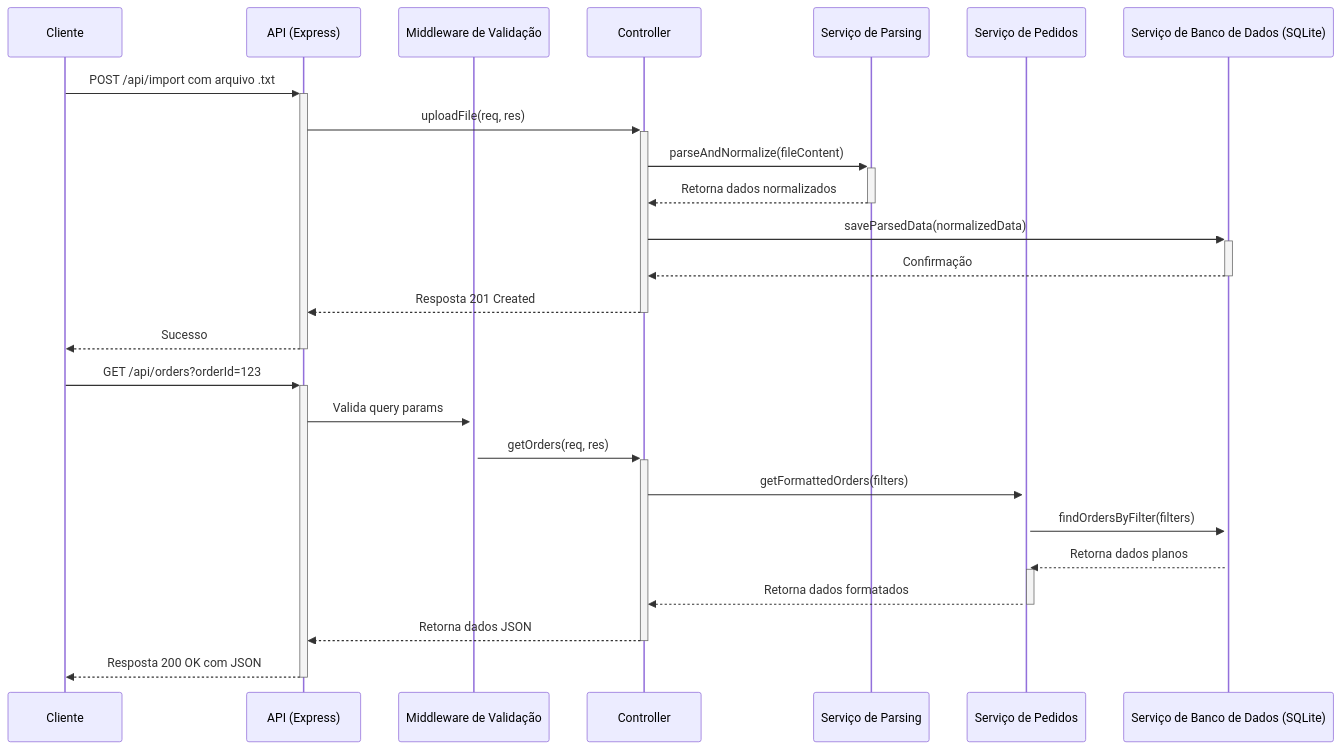
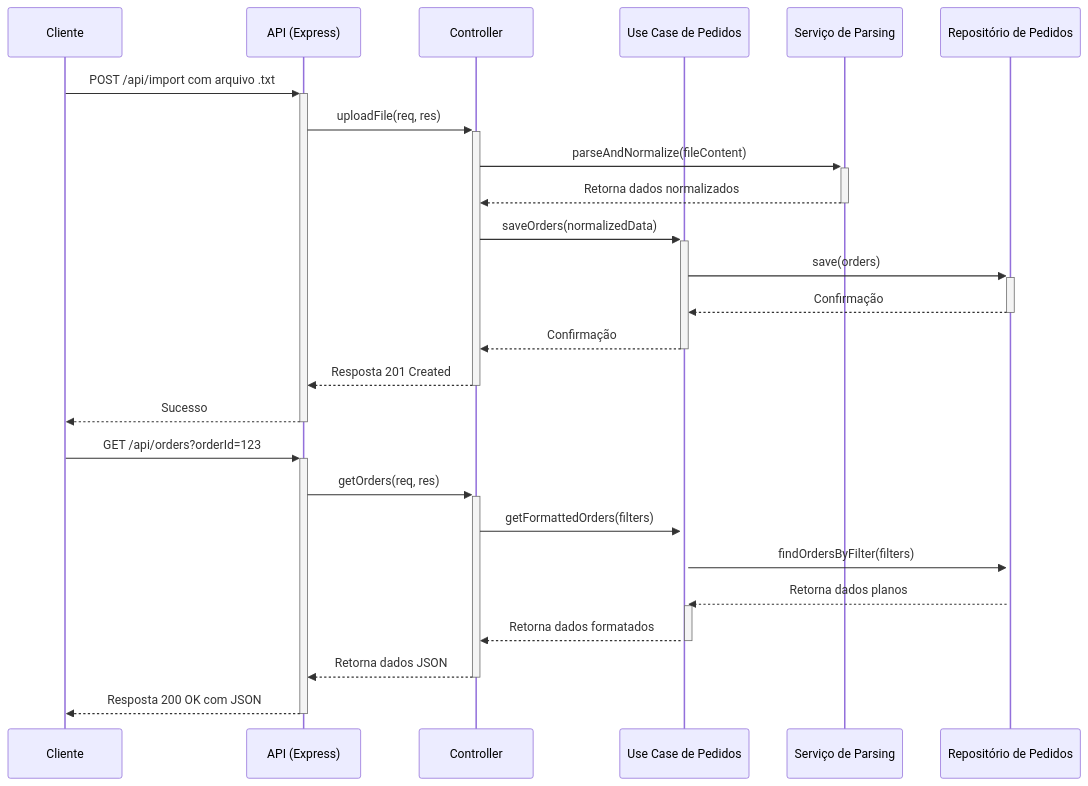
One commit to Jav4Script/orders-api changed the first of 2 diagrams in README.md. Above: the diagram before and after it, drawn with Mermaid. The commit also changed other lines of this file and 7 other files, not shown here.

````diff
--- a/README.md
+++ b/README.md
@@ -65,29 +69,29 @@
 ```mermaid
 sequenceDiagram
     participant Cliente
     participant API_Gateway as API (Express)
-    participant ValidationMiddleware as Middleware de Validação
     participant Controller
-    participant ParserService as Serviço de Parsing
-    participant OrderService as Serviço de Pedidos
-    participant DatabaseService as Serviço de Banco de Dados (SQLite)
+    participant OrderUseCase as Use Case de Pedidos
+    participant FileParser as Serviço de Parsing
+    participant OrderRepository as Repositório de Pedidos
 
     Cliente->>+API_Gateway: POST /api/import com arquivo .txt
     API_Gateway->>+Controller: uploadFile(req, res)
-    Controller->>+ParserService: parseAndNormalize(fileContent)
-    ParserService-->>-Controller: Retorna dados normalizados
-    Controller->>+DatabaseService: saveParsedData(normalizedData)
-    DatabaseService-->>-Controller: Confirmação
+    Controller->>+FileParser: parseAndNormalize(fileContent)
+    FileParser-->>-Controller: Retorna dados normalizados
+    Controller->>+OrderUseCase: saveOrders(normalizedData)
+    OrderUseCase->>+OrderRepository: save(orders)
+    OrderRepository-->>-OrderUseCase: Confirmação
+    OrderUseCase-->>-Controller: Confirmação
     Controller-->>-API_Gateway: Resposta 201 Created
     API_Gateway-->>-Cliente: Sucesso
 
     Cliente->>+API_Gateway: GET /api/orders?orderId=123
-    API_Gateway->>+ValidationMiddleware: Valida query params
-    ValidationMiddleware->>+Controller: getOrders(req, res)
-    Controller->>+OrderService: getFormattedOrders(filters)
-    OrderService->>+DatabaseService: findOrdersByFilter(filters)
-    DatabaseService-->>+OrderService: Retorna dados planos
-    OrderService-->>-Controller: Retorna dados formatados
+    API_Gateway->>+Controller: getOrders(req, res)
+    Controller->>+OrderUseCase: getFormattedOrders(filters)
+    OrderUseCase->>+OrderRepository: findOrdersByFilter(filters)
+    OrderRepository-->>+OrderUseCase: Retorna dados planos
+    OrderUseCase-->>-Controller: Retorna dados formatados
     Controller-->>-API_Gateway: Retorna dados JSON
     API_Gateway-->>-Cliente: Resposta 200 OK com JSON
 ```
````
